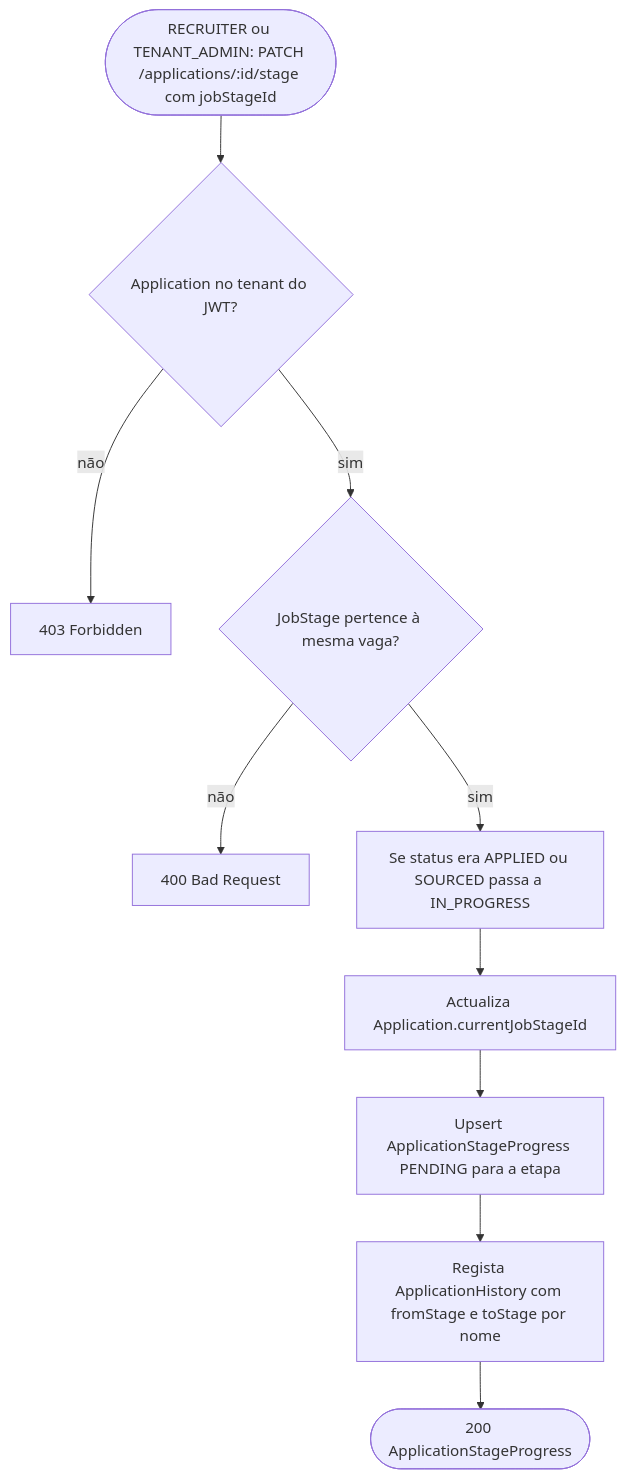
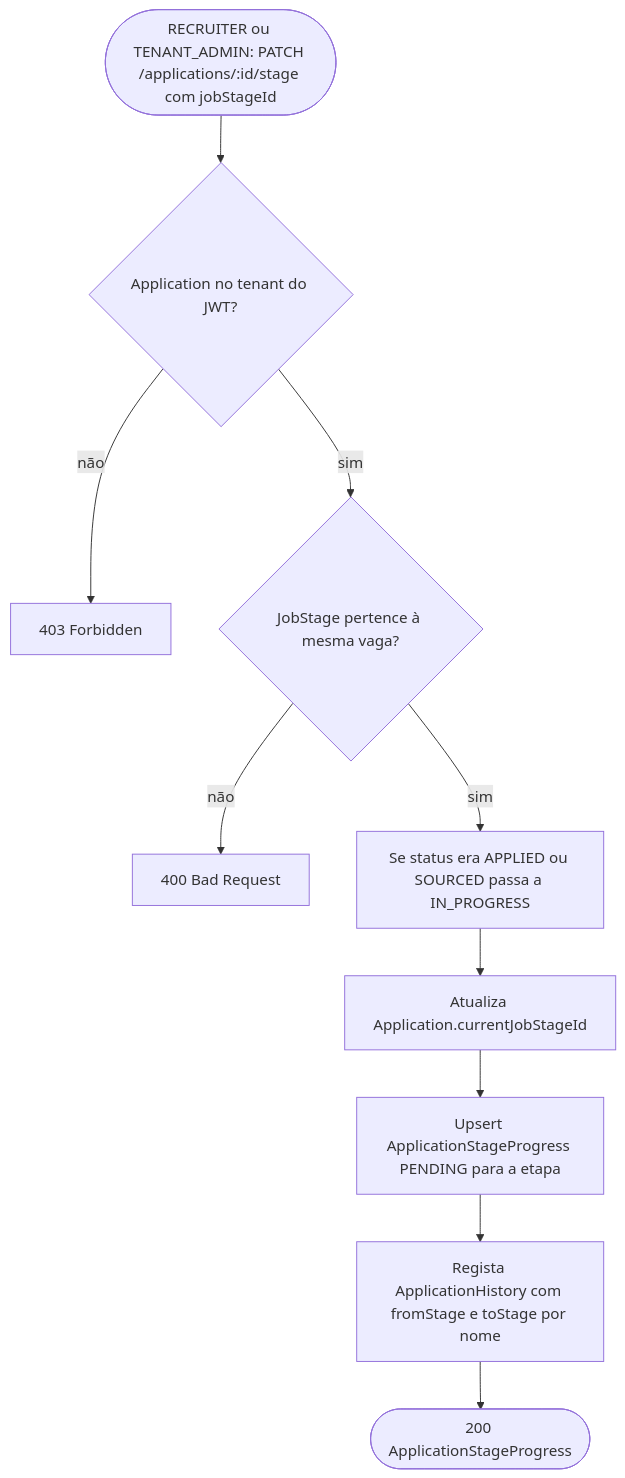
Before and after one commit to AndreXime/deploy-talent: the ninth of 13 diagrams in FLUXOS.md, drawn with Mermaid. The commit also changed other lines of this file and 50 other files, not shown here.

````diff
--- a/FLUXOS.md
+++ b/FLUXOS.md
@@ -175,12 +175,12 @@
 ```mermaid
 flowchart TD
     start([RECRUITER ou TENANT_ADMIN: PATCH /applications/:id/stage com jobStageId]) --> own{Application no tenant do JWT?}
     own -- não --> err403[403 Forbidden]
     own -- sim --> stageOk{JobStage pertence à mesma vaga?}
     stageOk -- não --> err400[400 Bad Request]
     stageOk -- sim --> bumpStatus[Se status era APPLIED ou SOURCED passa a IN_PROGRESS]
-    bumpStatus --> cursor[Actualiza Application.currentJobStageId]
+    bumpStatus --> cursor[Atualiza Application.currentJobStageId]
     cursor --> progress[Upsert ApplicationStageProgress PENDING para a etapa]
     progress --> history[Regista ApplicationHistory com fromStage e toStage por nome]
     history --> done([200 ApplicationStageProgress])
 ```
````
